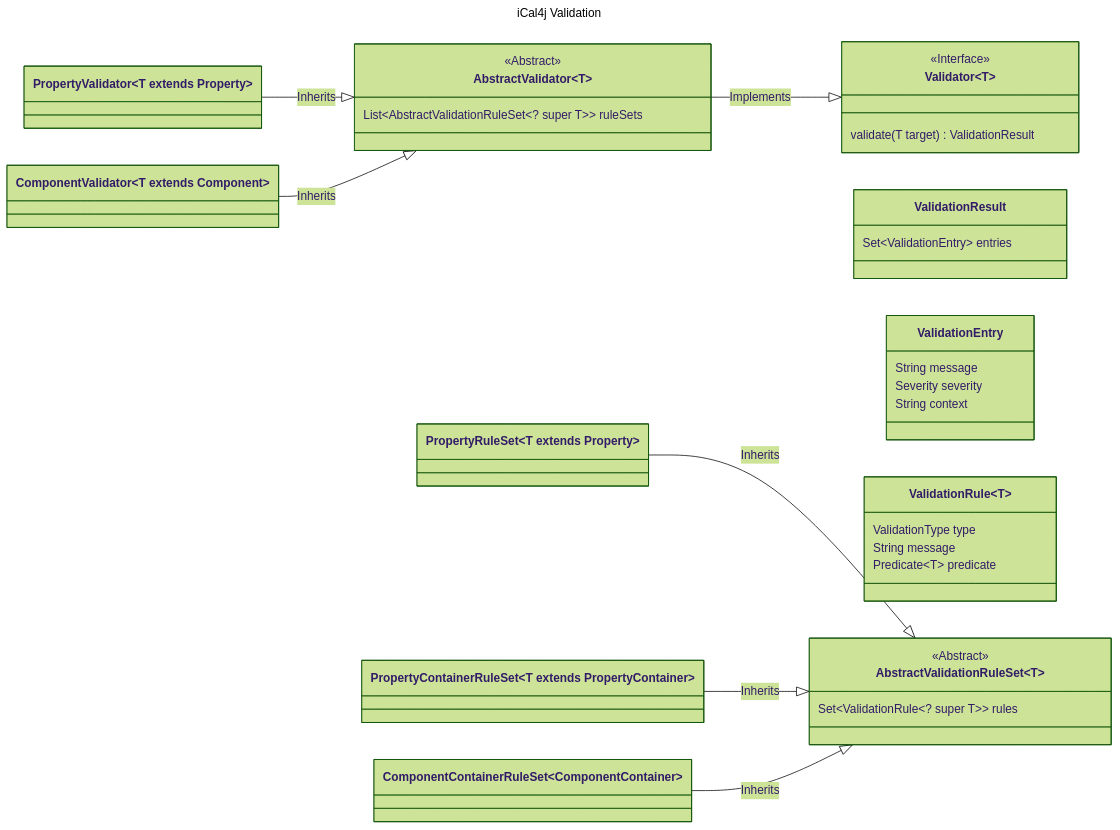
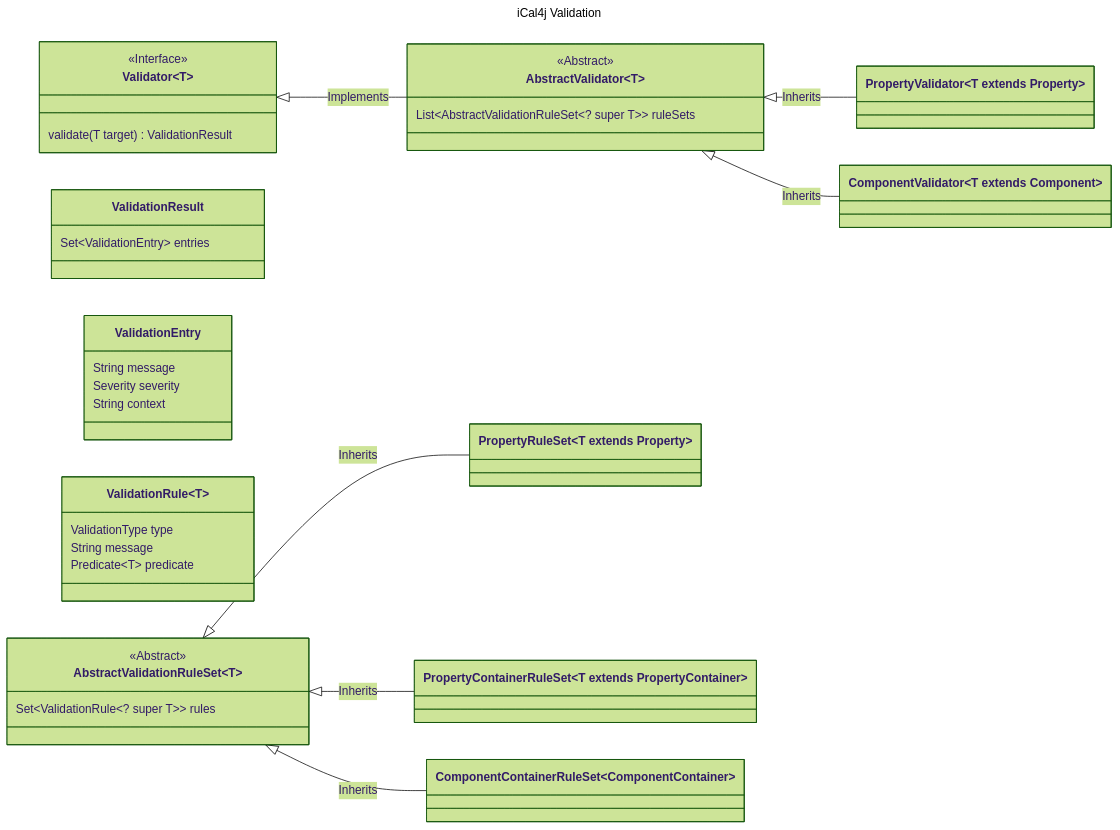
The diagram in docs/images/validation.mmd (ical4j/ical4j-user-guide), drawn with Mermaid (forest theme) before and after one commit. The commit also changed 1 other file, not shown here.

Commit message:
Added validation class diagram

```diff
--- a/docs/images/validation.mmd
+++ b/docs/images/validation.mmd
@@ -1,44 +1,44 @@
 ---
 title: iCal4j Validation
 ---
 classDiagram
-    direction RL
+    direction LR
 
     class Validator~T~
     <<Interface>> Validator~T~
     Validator~T~: validate(T target) ValidationResult
 
     class AbstractValidator~T~
     <<Abstract>> AbstractValidator~T~
     AbstractValidator~T~: List~AbstractValidationRuleSet~? super T~~ ruleSets
 
     class PropertyValidator~T extends Property~
 
     class ComponentValidator~T extends Component~
 
     ValidationResult: Set~ValidationEntry~ entries
 
     ValidationEntry: String message
     ValidationEntry: Severity severity
     ValidationEntry: String context
 
     ValidationRule~T~: ValidationType type
     ValidationRule~T~: String message
     ValidationRule~T~: Predicate~T~ predicate
 
     class AbstractValidationRuleSet~T~
     <<Abstract>> AbstractValidationRuleSet~T~
     AbstractValidationRuleSet~T~: Set~ValidationRule~? super T~~ rules
 
     class PropertyRuleSet~T extends Property~
     class PropertyContainerRuleSet~T extends PropertyContainer~
     class ComponentContainerRuleSet~ComponentContainer~
 
     Validator~T~ <|-- AbstractValidator~T~: Implements
 
     AbstractValidator~T~ <|-- PropertyValidator~T extends Property~: Inherits
     AbstractValidator~T~ <|-- ComponentValidator~T extends Component~: Inherits
 
     AbstractValidationRuleSet~T~ <|-- PropertyRuleSet~T extends Property~: Inherits
     AbstractValidationRuleSet~T~ <|-- PropertyContainerRuleSet~T extends PropertyContainer~: Inherits
     AbstractValidationRuleSet~T~ <|-- ComponentContainerRuleSet~ComponentContainer~: Inherits
```
